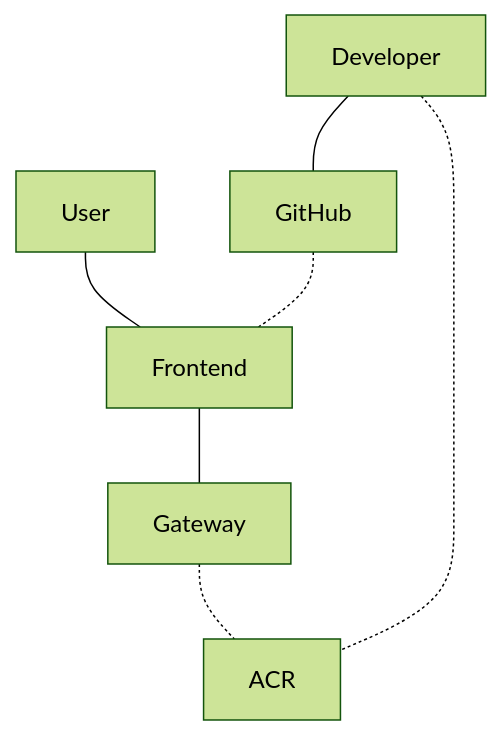
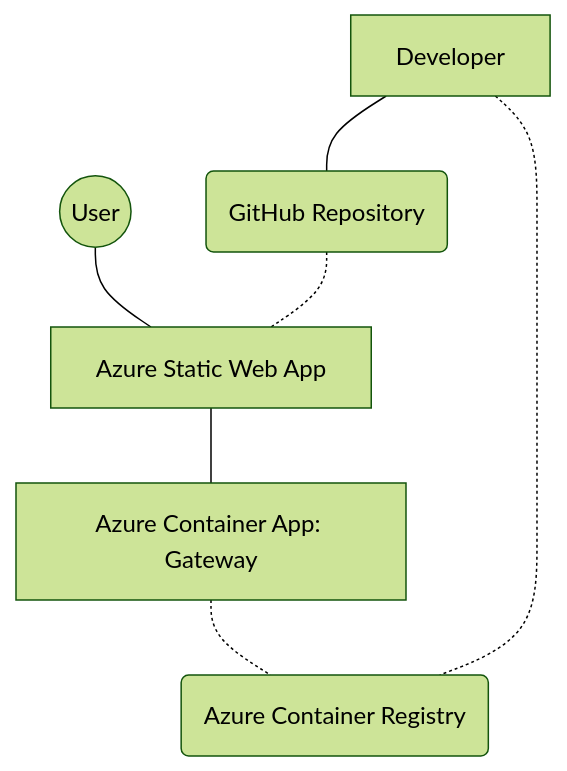
The diagram in README.md (IsaraSE/CTSE-Lab07), drawn with Mermaid (forest theme) before and after one commit. The commit also changed other lines of this file, not shown here.

Commit message:
docs: finalized README with live Azure deployment URLs and architecture

````diff
--- a/README.md
+++ b/README.md
@@ -14,9 +25,9 @@
 ```mermaid
 graph TD
-    User --- Frontend
-    Frontend --- Gateway
-    Gateway -.- ACR
-    Developer --- GitHub
+    User((User)) --- Frontend[Azure Static Web App]
+    Frontend --- Gateway[Azure Container App: Gateway]
+    Gateway -.- ACR(Azure Container Registry)
+    Developer --- GitHub(GitHub Repository)
     GitHub -.- Frontend
     Developer -.- ACR
 ```
````
